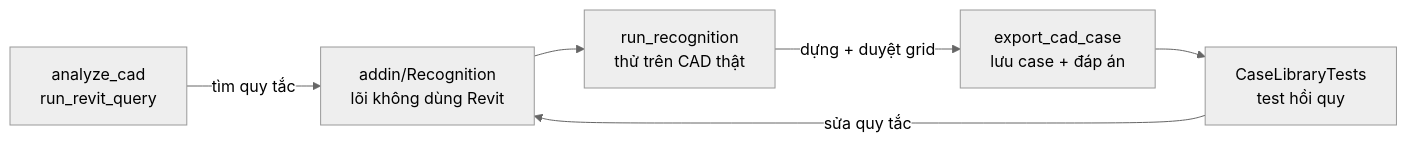
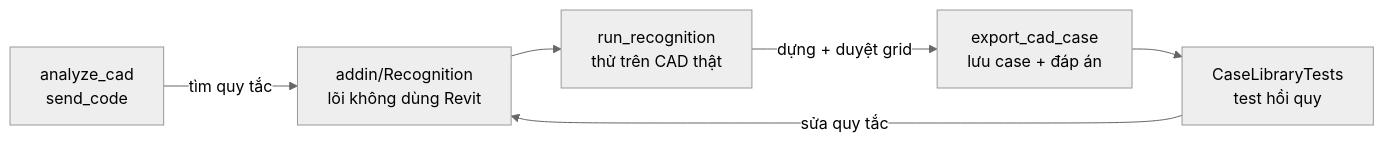
Before and after one commit to haivo088/261011_bimtech-revit-mcp: the first of 2 diagrams in docs/07-dev-tools.md, drawn with Mermaid (neutral theme). The commit also changed other lines of this file and 32 other files, not shown here.

First line of the commit message:
Dev tools: send_code (read or reviewed write) and command sets

````diff
--- a/docs/07-dev-tools.md
+++ b/docs/07-dev-tools.md
@@ -7,8 +7,8 @@
 ```mermaid
 flowchart LR
-    A[analyze_cad<br/>run_revit_query] -->|tìm quy tắc| B[addin/Recognition<br/>lõi không dùng Revit]
+    A[analyze_cad<br/>send_code] -->|tìm quy tắc| B[addin/Recognition<br/>lõi không dùng Revit]
     B --> C[run_recognition<br/>thử trên CAD thật]
     C -->|dựng + duyệt grid| D[export_cad_case<br/>lưu case + đáp án]
     D --> E[CaseLibraryTests<br/>test hồi quy]
     E -->|sửa quy tắc| B
 ```
````
